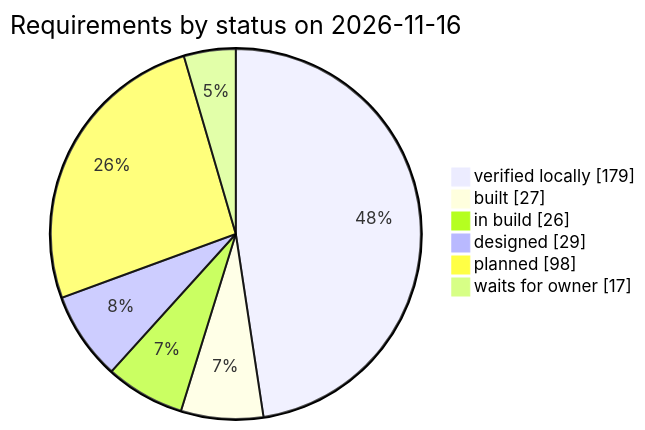
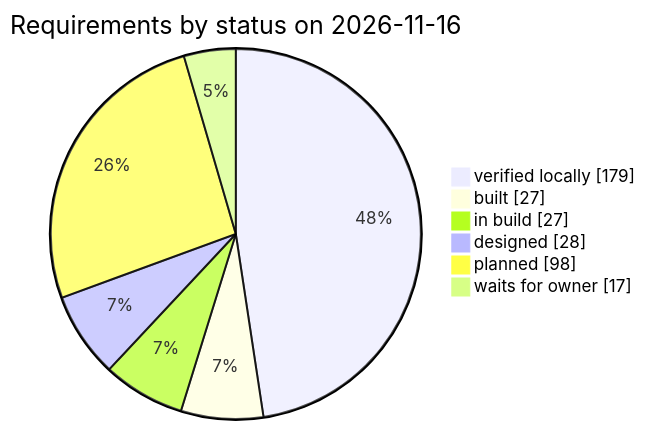
One commit to qa-io-vn/fnb-manager changed the third of 3 diagrams in docs/requirements.md. Above: the diagram before and after it, drawn with Mermaid. The commit also changed other lines of this file and 12 other files, not shown here.

````diff
--- a/docs/requirements.md
+++ b/docs/requirements.md
@@ -982,10 +982,10 @@
 ```mermaid
 pie showData
     title Requirements by status on 2026-11-16
     "verified locally" : 179
     "built" : 27
-    "in build" : 26
-    "designed" : 29
+    "in build" : 27
+    "designed" : 28
     "planned" : 98
     "waits for owner" : 17
 ```
````
